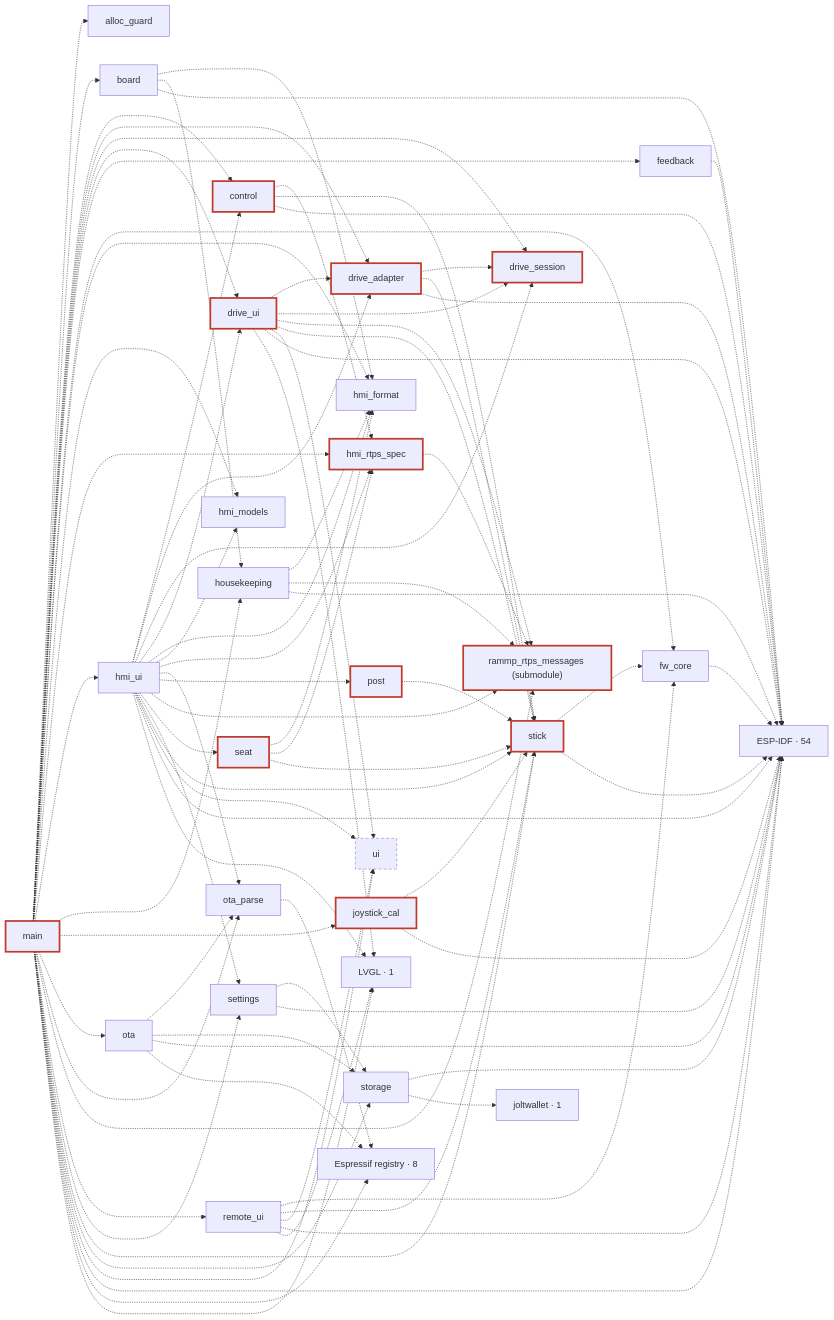
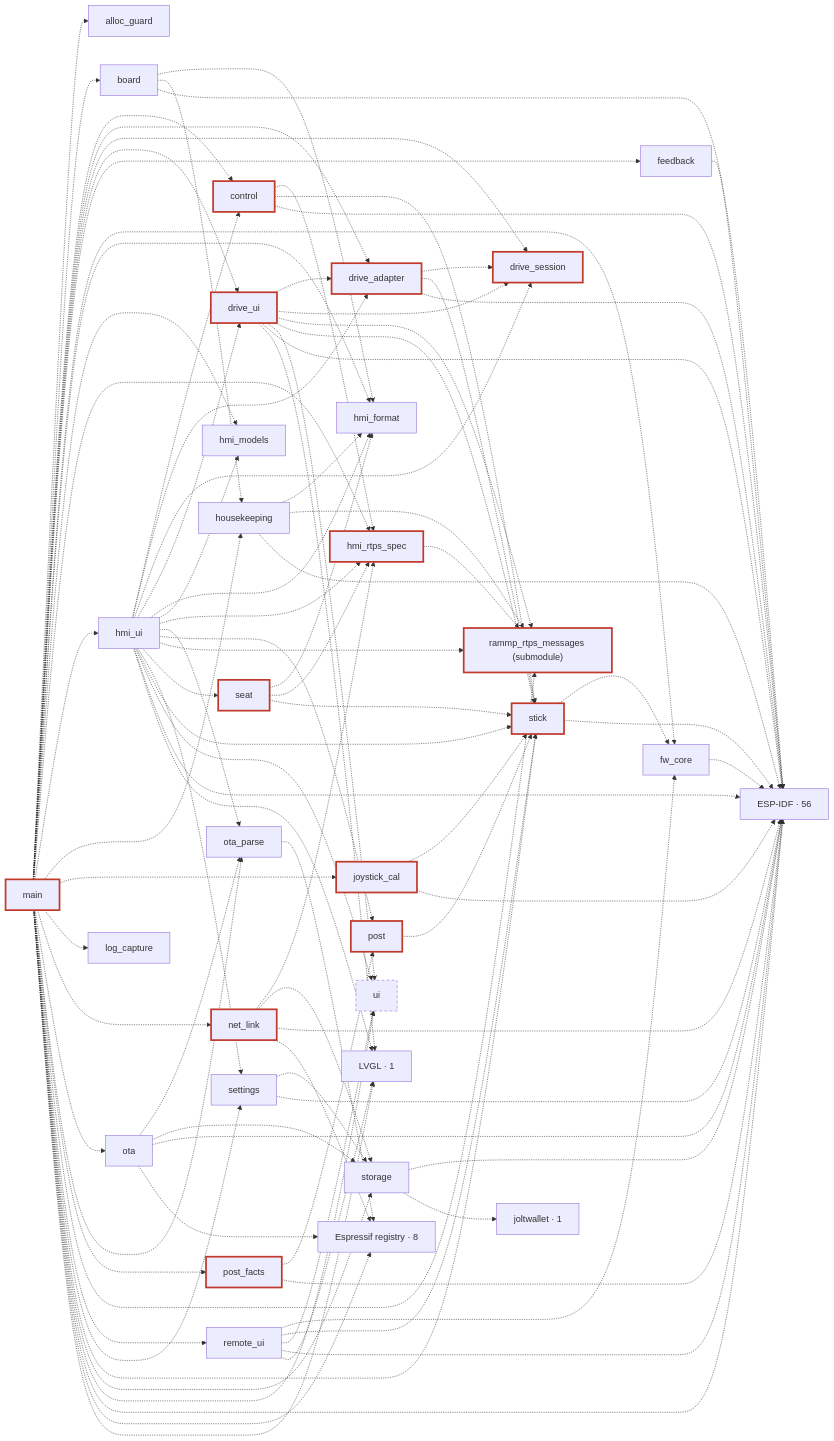
Before and after one commit to rammp-org/pace-hmi-fw: the third of 3 diagrams in docs/architecture.md, drawn with Mermaid. The commit also changed other lines of this file and 7 other files, not shown here.

```diff
--- a/docs/architecture.md
+++ b/docs/architecture.md
@@ -186,10 +192,13 @@
   c_hmi_ui["hmi_ui"]
   c_housekeeping["housekeeping"]
   c_joystick_cal["joystick_cal"]:::safety
+  c_log_capture["log_capture"]
   c_main["main"]:::safety
+  c_net_link["net_link"]:::safety
   c_ota["ota"]
   c_ota_parse["ota_parse"]
   c_post["post"]:::safety
+  c_post_facts["post_facts"]:::safety
   c_rammp_rtps_messages["rammp_rtps_messages (submodule)"]:::safety
   c_remote_ui["remote_ui"]
   c_seat["seat"]:::safety
@@ -197,7 +206,7 @@
   c_stick["stick"]:::safety
   c_storage["storage"]
   c_ui["ui"]:::gen
-  g_ESP_IDF["ESP-IDF · 54"]
+  g_ESP_IDF["ESP-IDF · 56"]
   g_Espressif_registry["Espressif registry · 8"]
   g_joltwallet["joltwallet · 1"]
   g_LVGL["LVGL · 1"]
@@ -255,8 +264,11 @@
   c_main -.-> c_hmi_ui
   c_main -.-> c_housekeeping
   c_main -.-> c_joystick_cal
+  c_main -.-> c_log_capture
+  c_main -.-> c_net_link
   c_main -.-> c_ota
   c_main -.-> c_ota_parse
+  c_main -.-> c_post_facts
   c_main -.-> c_rammp_rtps_messages
   c_main -.-> c_remote_ui
   c_main -.-> c_settings
@@ -266,12 +278,18 @@
   c_main -.-> g_ESP_IDF
   c_main -.-> g_Espressif_registry
   c_main -.-> g_LVGL
+  c_net_link -.-> c_hmi_rtps_spec
+  c_net_link -.-> c_storage
+  c_net_link -.-> g_ESP_IDF
+  c_net_link -.-> g_Espressif_registry
   c_ota -.-> c_ota_parse
   c_ota -.-> c_storage
   c_ota -.-> g_ESP_IDF
   c_ota -.-> g_Espressif_registry
   c_ota_parse -.-> g_Espressif_registry
   c_post -.-> c_stick
+  c_post_facts -.-> c_post
+  c_post_facts -.-> g_ESP_IDF
   c_remote_ui -.-> c_fw_core
   c_remote_ui -.-> c_stick
   c_remote_ui -.-> c_ui
```
